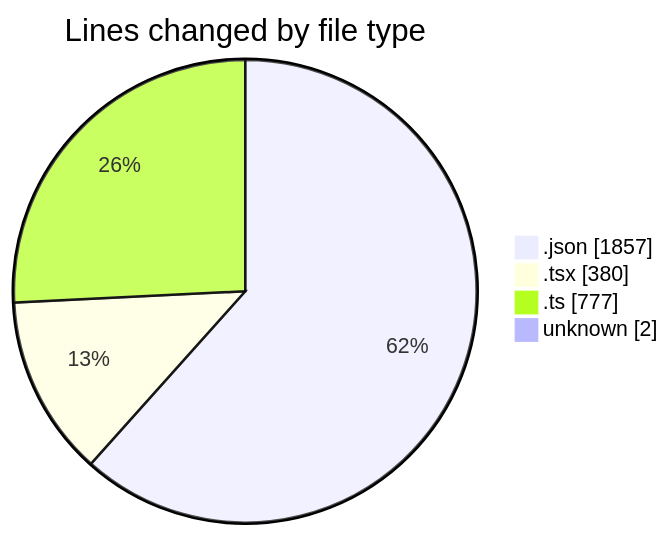
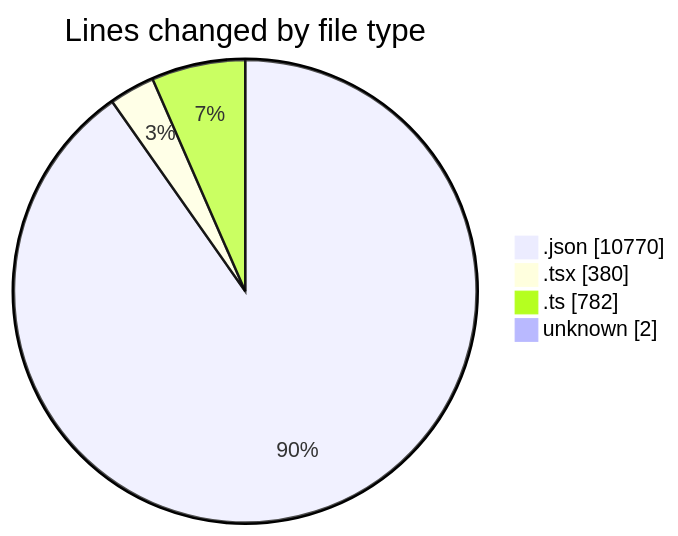
The first of 2 diagrams in 2025-11-19/eventscop-frontend-guide__workspace_/README.md (julien-gomy/code-tracking), drawn with Mermaid before and after one commit. The commit also changed other lines of this file and 1 other file, not shown here.

````diff
--- a/2025-11-19/eventscop-frontend-guide__workspace_/README.md
+++ b/2025-11-19/eventscop-frontend-guide__workspace_/README.md
@@ -40,8 +46,8 @@
 ```mermaid
 pie showData
 title Lines changed by file type
-".json" : 1857
+".json" : 10770
 ".tsx" : 380
-".ts" : 777
+".ts" : 782
 "unknown" : 2
 ```
````
